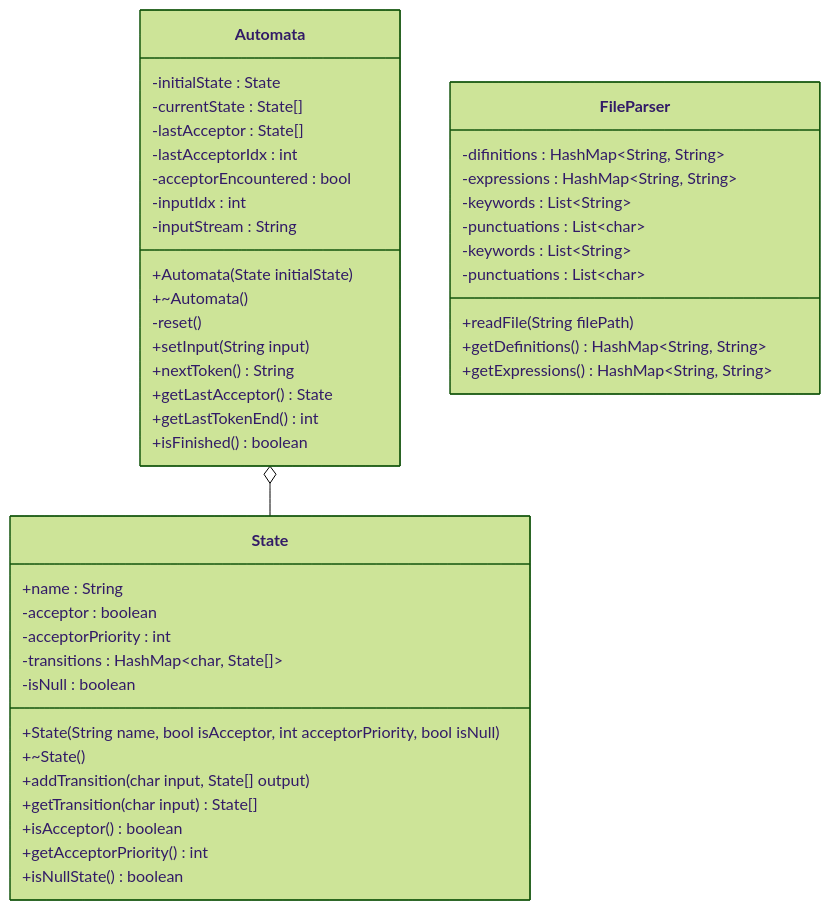
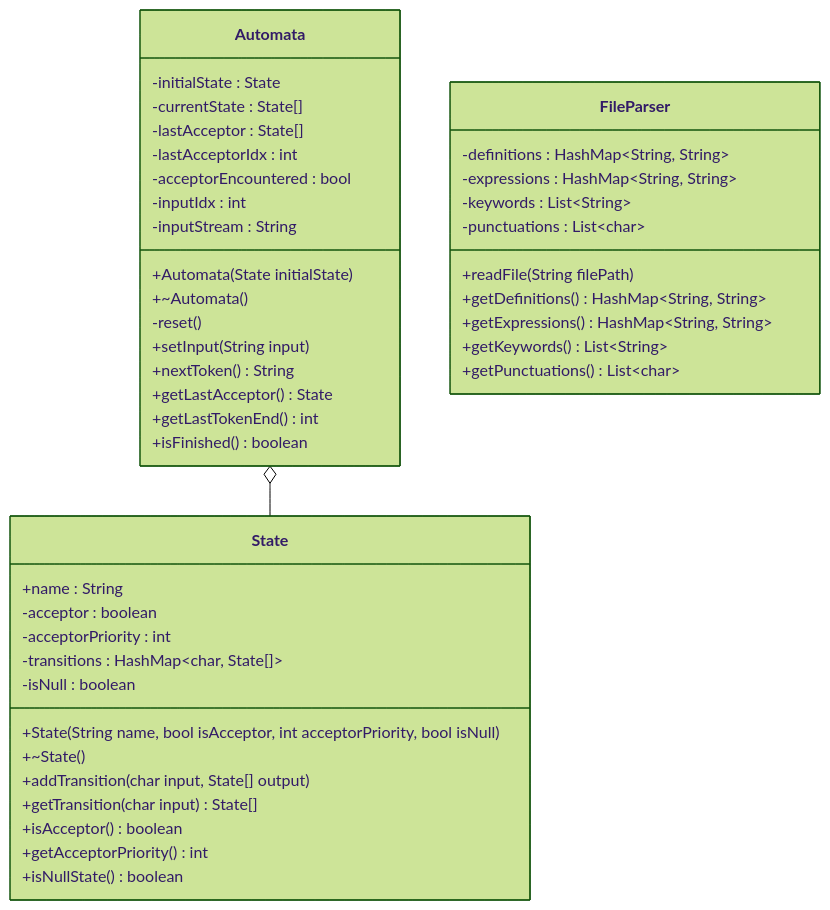
Before and after one commit to abderrahman504/Compilers-Project: the first of 2 diagrams in docs/LexicalAnalyzerGen.md, drawn with Mermaid (forest theme). The commit also changed other lines of this file, not shown here.

Commit message:
Update Class diagrams

````diff
--- a/docs/LexicalAnalyzerGen.md
+++ b/docs/LexicalAnalyzerGen.md
@@ -14,53 +14,53 @@
 ```mermaid
 classDiagram
 	class Automata{
 		-initialState : State
 		-currentState : State[]
 		-lastAcceptor : State[]
 		-lastAcceptorIdx : int
 		-acceptorEncountered : bool
 		-inputIdx : int
 		-inputStream : String
 
 		+Automata(State initialState)
 		+~Automata()
 		-reset()
 		+setInput(String input)
 		+nextToken() String
 		+getLastAcceptor() State
 		+getLastTokenEnd() int
 		+isFinished() boolean
 	}
 	
 	class State{
 		+name : String
 		-acceptor : boolean
 		-acceptorPriority : int
 		-transitions : HashMap~char, State[]~
 		-isNull : boolean
 
 		+State(String name, bool isAcceptor, int acceptorPriority, bool isNull)
 		+~State()
 		+addTransition(char input, State[] output)
 		+getTransition(char input) State[]
 		+isAcceptor() boolean
 		+getAcceptorPriority() int
 		+isNullState() boolean
 	}
 
 	Automata o-- State
 	
 	class FileParser{
-		-difinitions : HashMap~String, String~
+		-definitions : HashMap~String, String~
 		-expressions : HashMap~String, String~
 		-keywords : List~String~
 		-punctuations : List~char~
 
 		+readFile(String filePath)
 		+getDefinitions() HashMap~String, String~
 		+getExpressions() HashMap~String, String~
-		-keywords : List~String~
-		-punctuations : List~char~
+		+getKeywords() List~String~
+		+getPunctuations() List~char~
 	}
 
 ```
````
